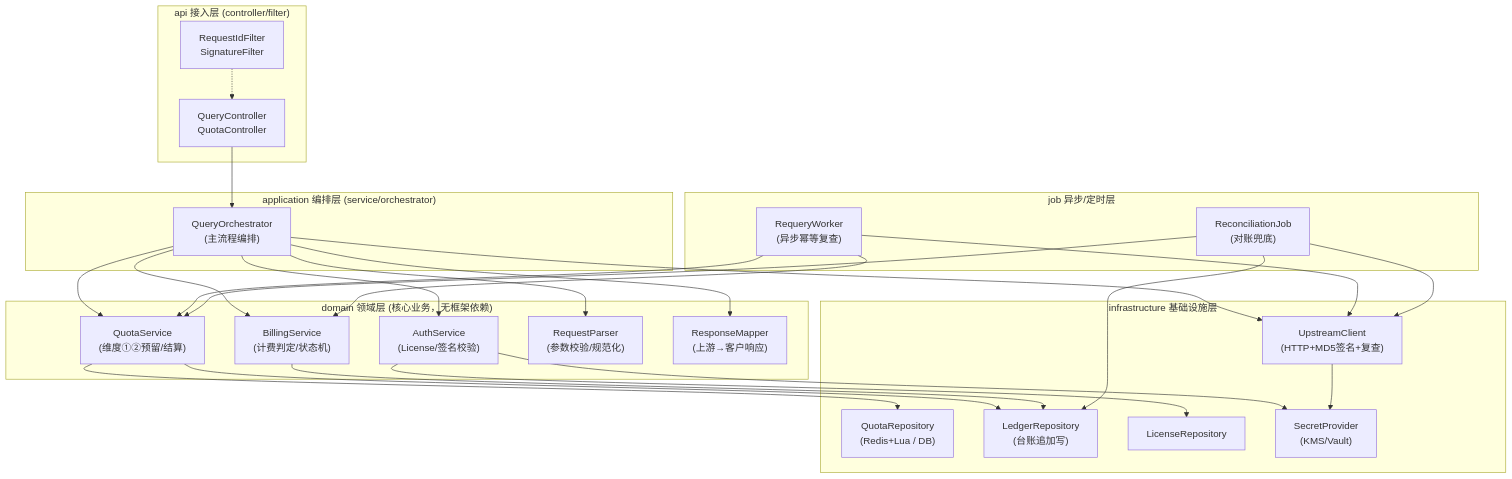
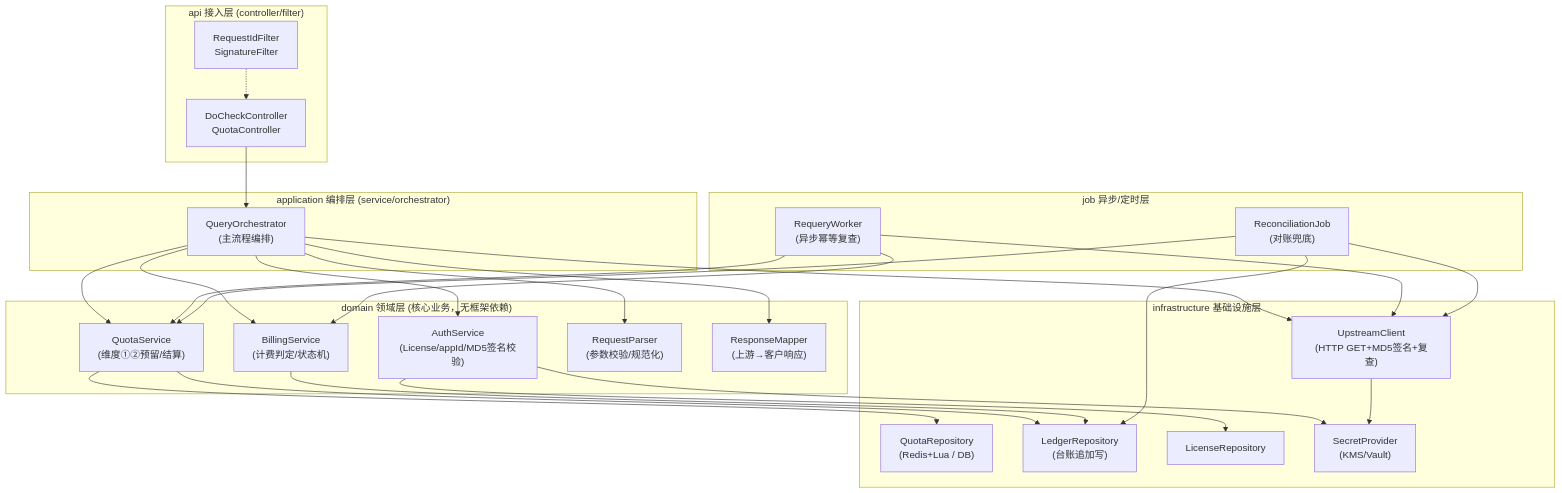
The first of 8 diagrams in docs/ARCHITECTURE.md (YunChen1227/DataHub), drawn with Mermaid before and after one commit. The commit also changed other lines of this file and 51 other files, not shown here.

````diff
--- a/docs/ARCHITECTURE.md
+++ b/docs/ARCHITECTURE.md
@@ -24,55 +24,55 @@
 ```mermaid
 flowchart TB
     subgraph api["api 接入层 (controller/filter)"]
-        Ctl["QueryController\nQuotaController"]
+        Ctl["DoCheckController\nQuotaController"]
         Filter["RequestIdFilter\nSignatureFilter"]
     end
 
     subgraph app["application 编排层 (service/orchestrator)"]
         Orch["QueryOrchestrator\n(主流程编排)"]
     end
 
     subgraph domain["domain 领域层 (核心业务，无框架依赖)"]
-        AuthSvc["AuthService\n(License/签名校验)"]
+        AuthSvc["AuthService\n(License/appId/MD5签名校验)"]
         QuotaSvc["QuotaService\n(维度①②预留/结算)"]
         BillSvc["BillingService\n(计费判定/状态机)"]
         Parser["RequestParser\n(参数校验/规范化)"]
         Mapper["ResponseMapper\n(上游→客户响应)"]
     end
 
     subgraph infra["infrastructure 基础设施层"]
-        UpClient["UpstreamClient\n(HTTP+MD5签名+复查)"]
+        UpClient["UpstreamClient\n(HTTP GET+MD5签名+复查)"]
         QuotaRepo["QuotaRepository\n(Redis+Lua / DB)"]
         LedgerRepo["LedgerRepository\n(台账追加写)"]
         LicenseRepo["LicenseRepository"]
         Secrets["SecretProvider\n(KMS/Vault)"]
     end
 
     subgraph job["job 异步/定时层"]
         RequeryWorker["RequeryWorker\n(异步幂等复查)"]
         ReconJob["ReconciliationJob\n(对账兜底)"]
     end
 
     Ctl --> Orch
     Filter -.-> Ctl
     Orch --> AuthSvc
     Orch --> QuotaSvc
     Orch --> Parser
     Orch --> UpClient
     Orch --> BillSvc
     Orch --> Mapper
 
     AuthSvc --> LicenseRepo
     AuthSvc --> Secrets
     QuotaSvc --> QuotaRepo
     QuotaSvc --> LedgerRepo
     BillSvc --> LedgerRepo
     UpClient --> Secrets
 
     RequeryWorker --> UpClient
     RequeryWorker --> BillSvc
     RequeryWorker --> QuotaSvc
     ReconJob --> UpClient
     ReconJob --> LedgerRepo
     ReconJob --> QuotaSvc
 ```
````
